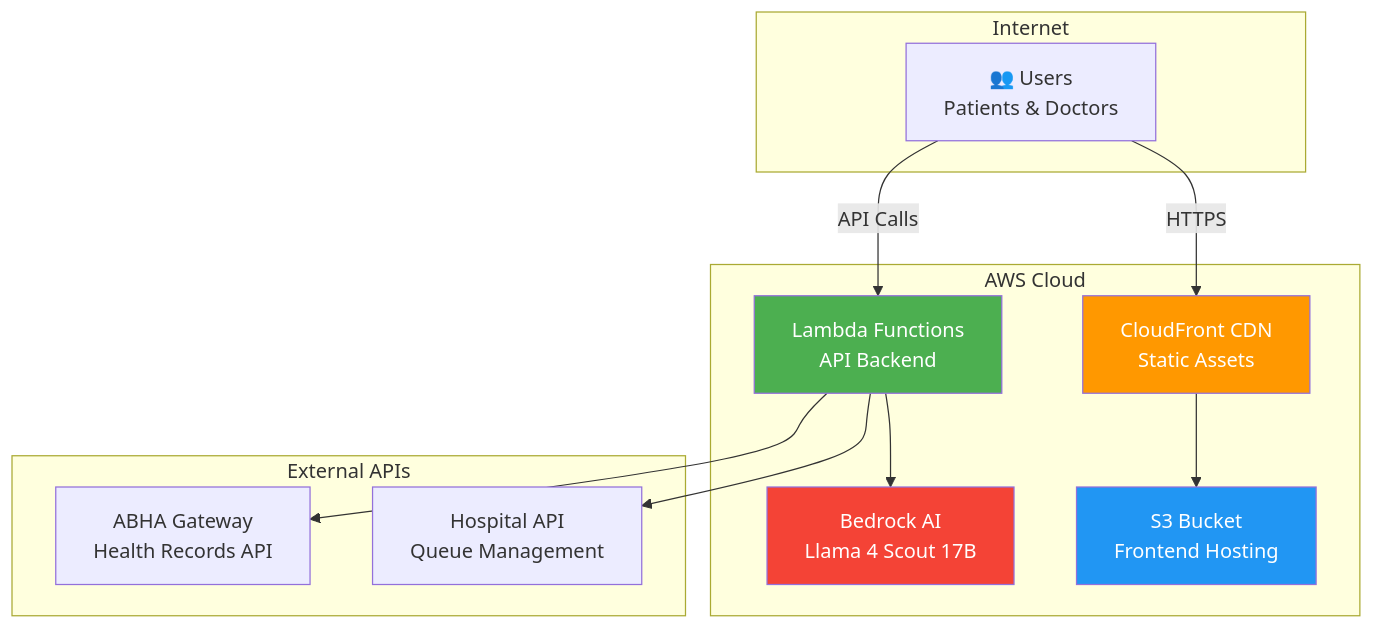
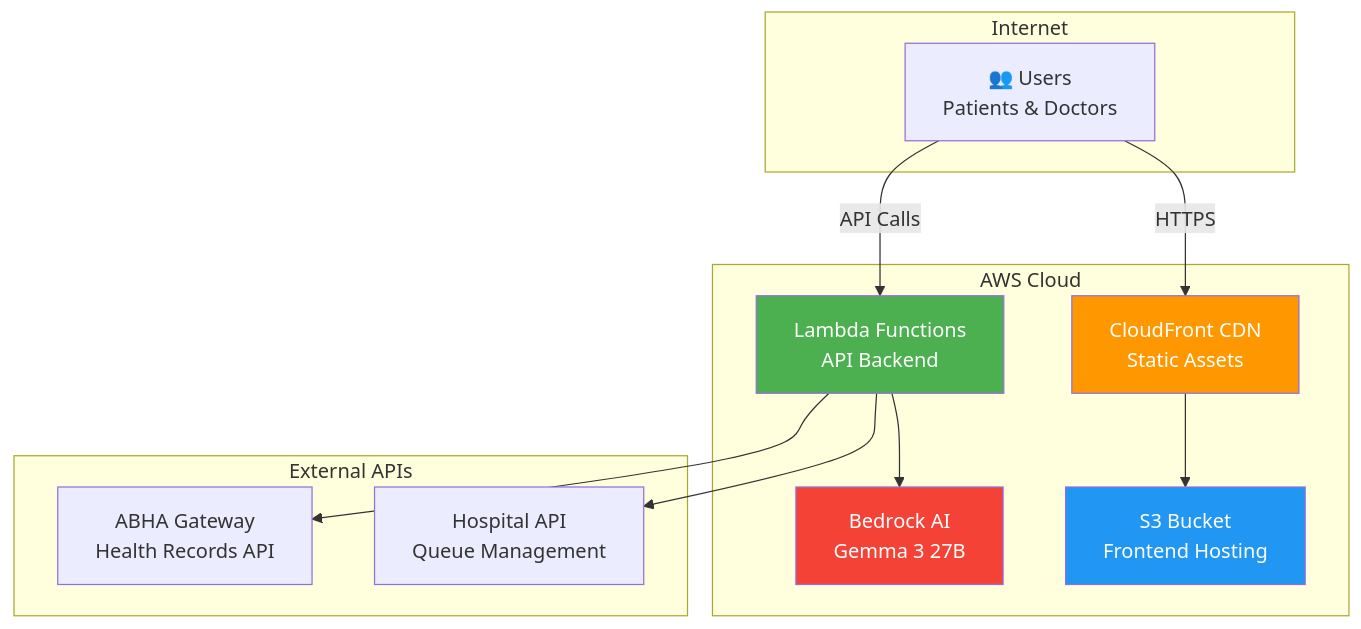
Before and after one commit to huiguys/civicmind-health-ai: the fifth of 8 diagrams in ARCHITECTURE.md, drawn with Mermaid. The commit also changed other lines of this file and 5 other files, not shown here.

First line of the commit message:
docs: Add comprehensive future roadmap and AWS security architecture

````diff
--- a/ARCHITECTURE.md
+++ b/ARCHITECTURE.md
@@ -249,30 +249,30 @@
 ```mermaid
 graph TB
     subgraph "Internet"
         Users["👥 Users<br/>Patients & Doctors"]
     end
     
     subgraph "AWS Cloud"
         CloudFront["CloudFront CDN<br/>Static Assets"]
         Lambda["Lambda Functions<br/>API Backend"]
-        Bedrock["Bedrock AI<br/>Llama 4 Scout 17B"]
+        Bedrock["Bedrock AI<br/>Gemma 3 27B"]
         S3["S3 Bucket<br/>Frontend Hosting"]
     end
     
     subgraph "External APIs"
         ABHA_API["ABHA Gateway<br/>Health Records API"]
         Hospital_API["Hospital API<br/>Queue Management"]
     end
     
     Users -->|HTTPS| CloudFront
     CloudFront --> S3
     Users -->|API Calls| Lambda
     Lambda --> Bedrock
     Lambda --> ABHA_API
     Lambda --> Hospital_API
     
     style CloudFront fill:#FF9800,color:#fff
     style Lambda fill:#4CAF50,color:#fff
     style Bedrock fill:#F44336,color:#fff
     style S3 fill:#2196F3,color:#fff
 ```
````
